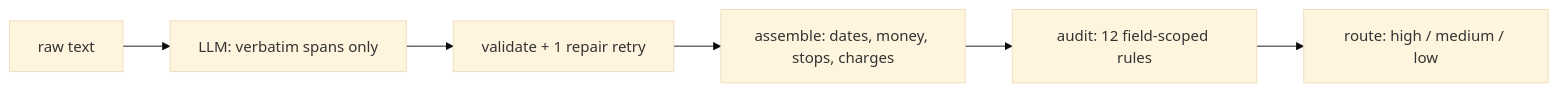
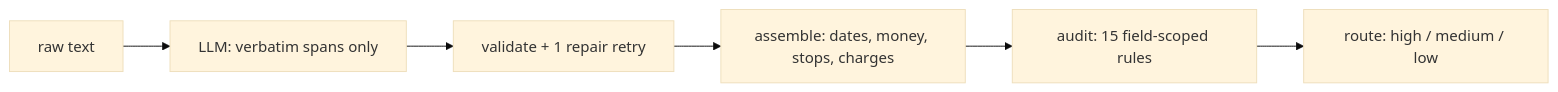
The diagram in README.md (A-Jatin/freight-ratecon-extraction), drawn with Mermaid (base theme) before and after one commit. The commit also changed other lines of this file and 6 other files, not shown here.

````diff
--- a/README.md
+++ b/README.md
@@ -81,8 +206,8 @@
 ```mermaid
 flowchart LR
     A["raw text"] --> B["LLM: verbatim spans only"]
     B --> C["validate + 1 repair retry"]
     C --> D["assemble: dates, money, stops, charges"]
-    D --> E["audit: 12 field-scoped rules"]
+    D --> E["audit: 15 field-scoped rules"]
     E --> F["route: high / medium / low"]
 ```
````
